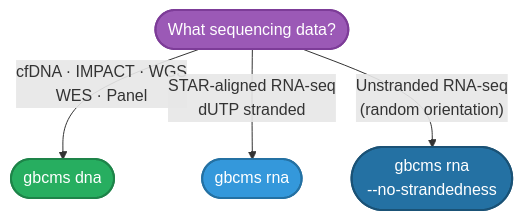
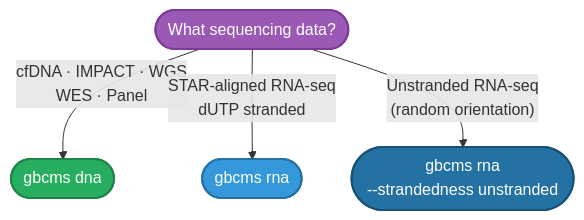
The diagram in docs/getting-started/index.md (msk-access/gbcms), drawn with Mermaid before and after one commit. The commit also changed other lines of this file and 25 other files, not shown here.

````diff
--- a/docs/getting-started/index.md
+++ b/docs/getting-started/index.md
@@ -5,13 +5,13 @@
 ```mermaid
 flowchart TD
     Start(["What sequencing data?"]):::start
 
     Start -->|"cfDNA · IMPACT · WGS\nWES · Panel"| DNA(["gbcms dna"]):::dna
     Start -->|"STAR-aligned RNA-seq\ndUTP stranded"| RNA(["gbcms rna"]):::rna
-    Start -->|"Unstranded RNA-seq\n(random orientation)"| RNAL(["gbcms rna\n--no-strandedness"]):::rnal
+    Start -->|"Unstranded RNA-seq\n(random orientation)"| RNAL(["gbcms rna\n--strandedness unstranded"]):::rnal
 
     classDef start fill:#9b59b6,color:#fff,stroke:#7d3c98,stroke-width:2px;
     classDef dna fill:#27ae60,color:#fff,stroke:#1e8449,stroke-width:2px;
     classDef rna fill:#3498db,color:#fff,stroke:#2471a3,stroke-width:2px;
     classDef rnal fill:#2471a3,color:#fff,stroke:#1a5276,stroke-width:2px;
 ```
````
